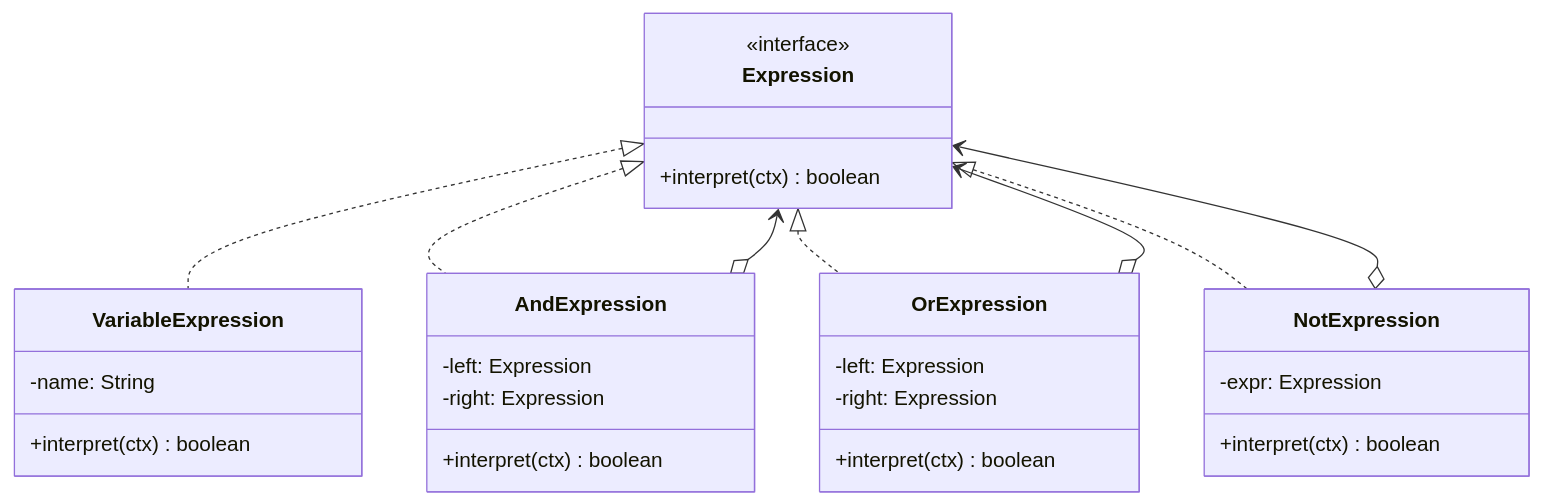
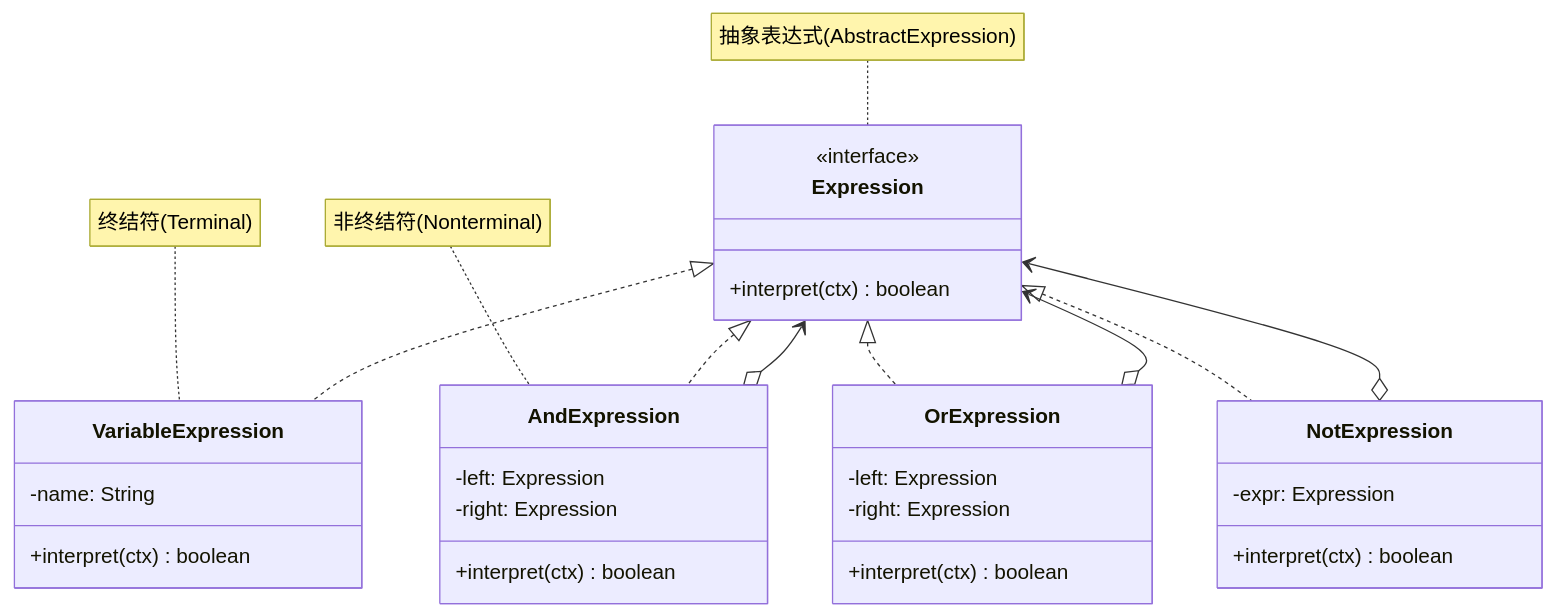
The diagram in docs/topic/design-patterns/behavioral-patterns/interpreter/index.md (luguosong/programming-notes), drawn with Mermaid before and after one commit. The commit also changed 23 other files, not shown here.

First line of the commit message:
fix: 修正设计模式 UML 箭头类型并添加角色标注

````diff
--- a/docs/topic/design-patterns/behavioral-patterns/interpreter/index.md
+++ b/docs/topic/design-patterns/behavioral-patterns/interpreter/index.md
@@ -27,32 +27,35 @@
 ```mermaid
 classDiagram
     class Expression {
         <<interface>>
         +interpret(ctx) boolean
     }
     class VariableExpression {
         -name: String
         +interpret(ctx) boolean
     }
     class AndExpression {
         -left: Expression
         -right: Expression
         +interpret(ctx) boolean
     }
     class OrExpression {
         -left: Expression
         -right: Expression
         +interpret(ctx) boolean
     }
     class NotExpression {
         -expr: Expression
         +interpret(ctx) boolean
     }
     Expression <|.. VariableExpression
     Expression <|.. AndExpression
     Expression <|.. OrExpression
     Expression <|.. NotExpression
     AndExpression o--> Expression
     OrExpression  o--> Expression
     NotExpression o--> Expression
+    note for Expression "抽象表达式(AbstractExpression)"
+    note for VariableExpression "终结符(Terminal)"
+    note for AndExpression "非终结符(Nonterminal)"
 ```
````
